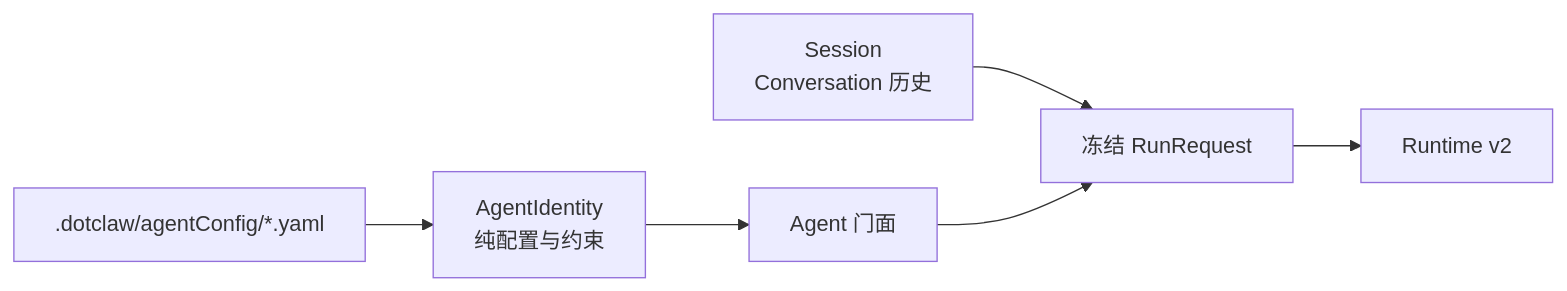
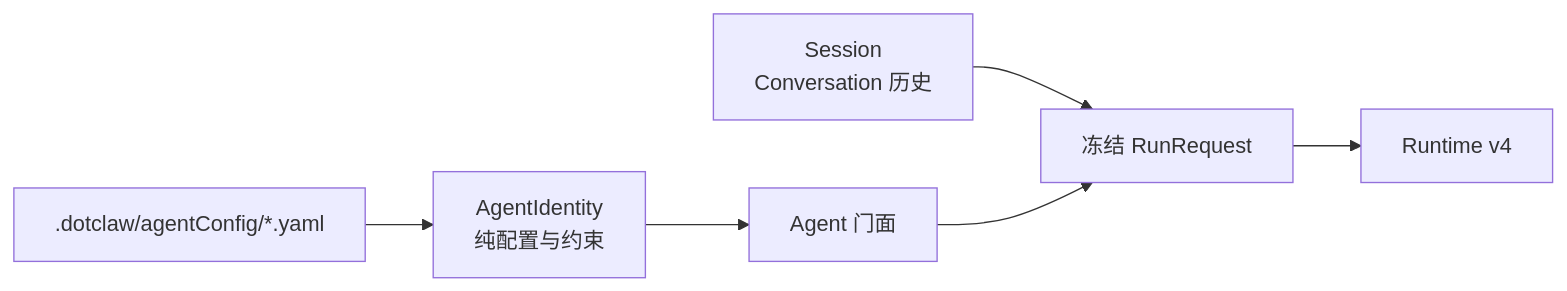
Before and after one commit to aandbcct/dotClaw: the second of 7 diagrams in README.md, drawn with Mermaid. The commit also changed other lines of this file and 3 other files, not shown here.

````diff
--- a/README.md
+++ b/README.md
@@ -86,8 +88,8 @@
 ```mermaid
 flowchart LR
     YAML[".dotclaw/agentConfig/*.yaml"] --> Identity["AgentIdentity\n纯配置与约束"]
     Identity --> Agent["Agent 门面"]
     Session["Session\nConversation 历史"] --> Request["冻结 RunRequest"]
     Agent --> Request
-    Request --> Runtime["Runtime v2"]
+    Request --> Runtime["Runtime v4"]
 ```
````
